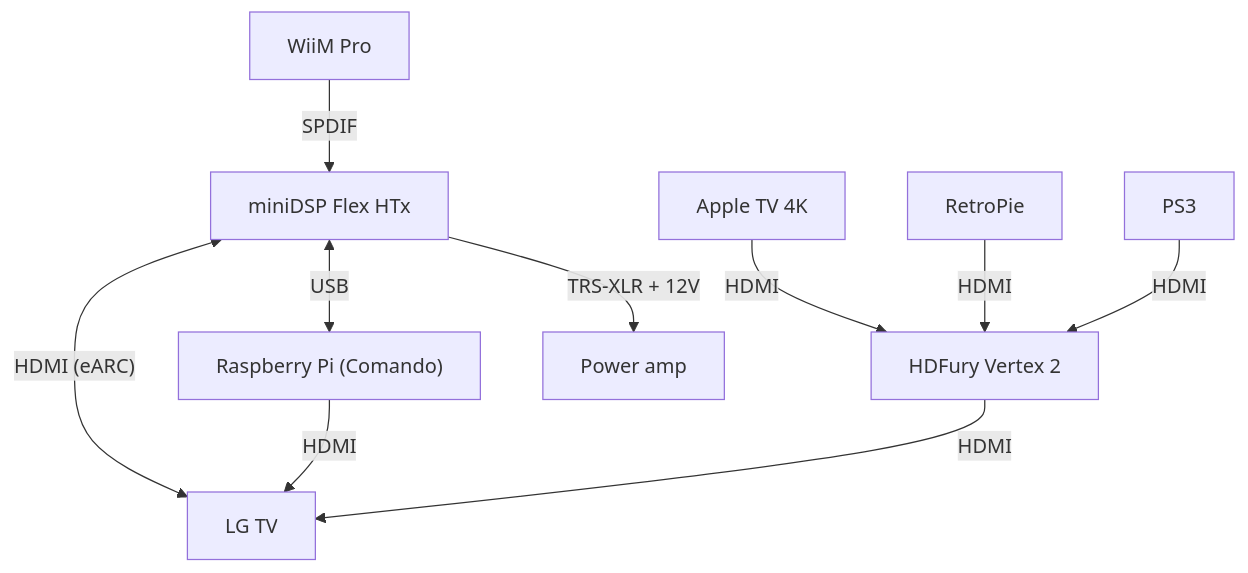
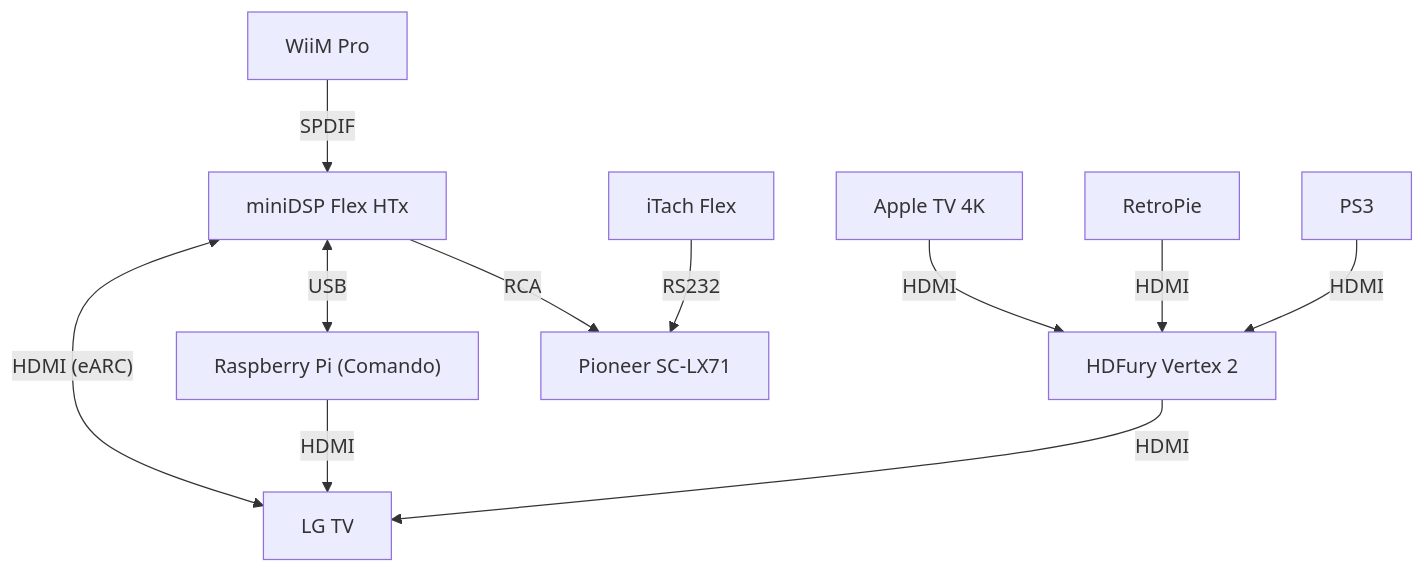
The diagram in README.md (mortencombat/comando), drawn with Mermaid before and after one commit. The commit also changed other lines of this file and 4 other files, not shown here.

````diff
--- a/README.md
+++ b/README.md
@@ -20,12 +22,13 @@
 ```mermaid
 graph TD
 miniDSP["miniDSP Flex HTx"] <--> |"HDMI (eARC)"| TV["LG TV"]
 RPi["Raspberry Pi (Comando)"] --> |HDMI|TV
 miniDSP <--> |USB|RPi
 WiiM["WiiM Pro"] --> |SPDIF|miniDSP
 Vertex["HDFury Vertex 2"] --> |HDMI|TV
 AppleTV["Apple TV 4K"] --> |HDMI|Vertex
 RetroPie --> |HDMI|Vertex
 PS3 --> |HDMI|Vertex
-miniDSP --> |"TRS-XLR + 12V"|Amp["Power amp"]
+miniDSP --> |RCA|SCLX71["Pioneer SC-LX71"]
+iTachFlex["iTach Flex"] --> |RS232|SCLX71
 ```
````
